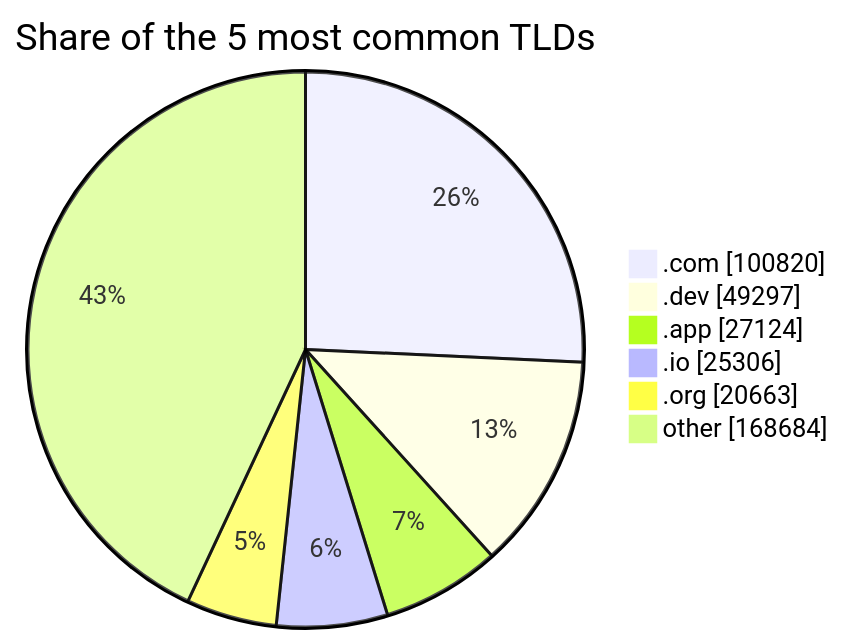
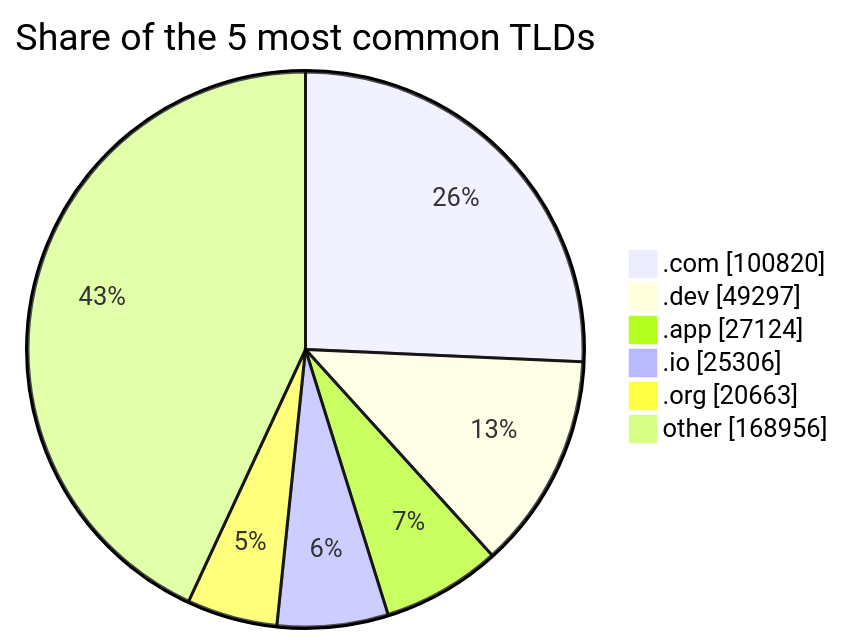
Before and after one commit to DNSBunker/CTI: the third of 3 diagrams in README.md, drawn with Mermaid. The commit also changed other lines of this file and 3 other files, not shown here.

````diff
--- a/README.md
+++ b/README.md
@@ -81,9 +81,9 @@
 ```mermaid
 pie showData title Share of the 5 most common TLDs
     ".com" : 100820
     ".dev" : 49297
     ".app" : 27124
     ".io" : 25306
     ".org" : 20663
-    "other" : 168684
+    "other" : 168956
 ```
````
